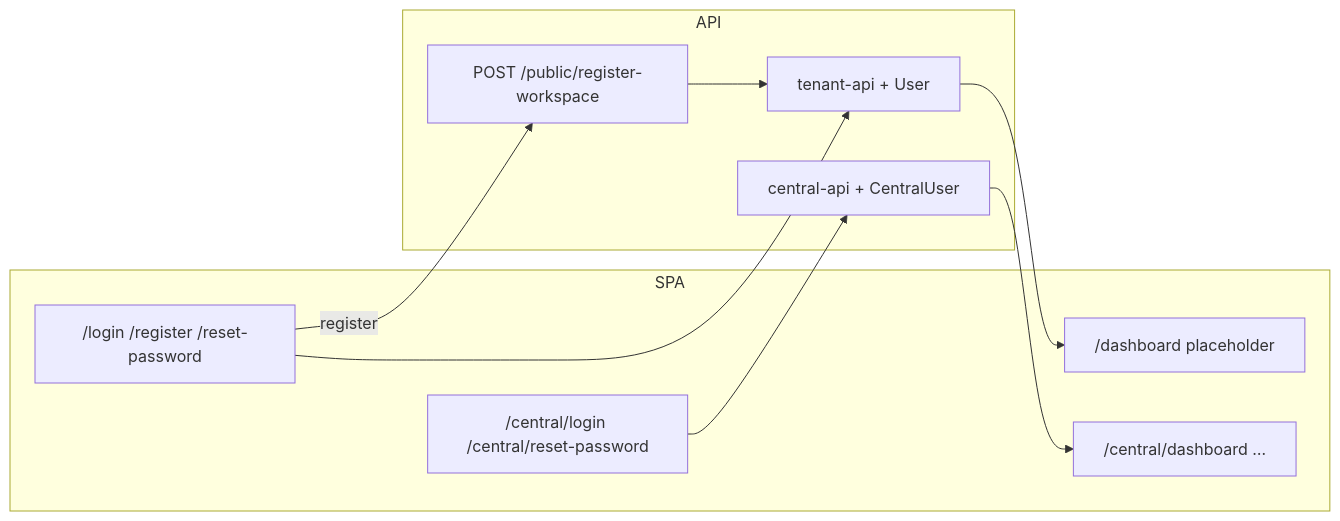
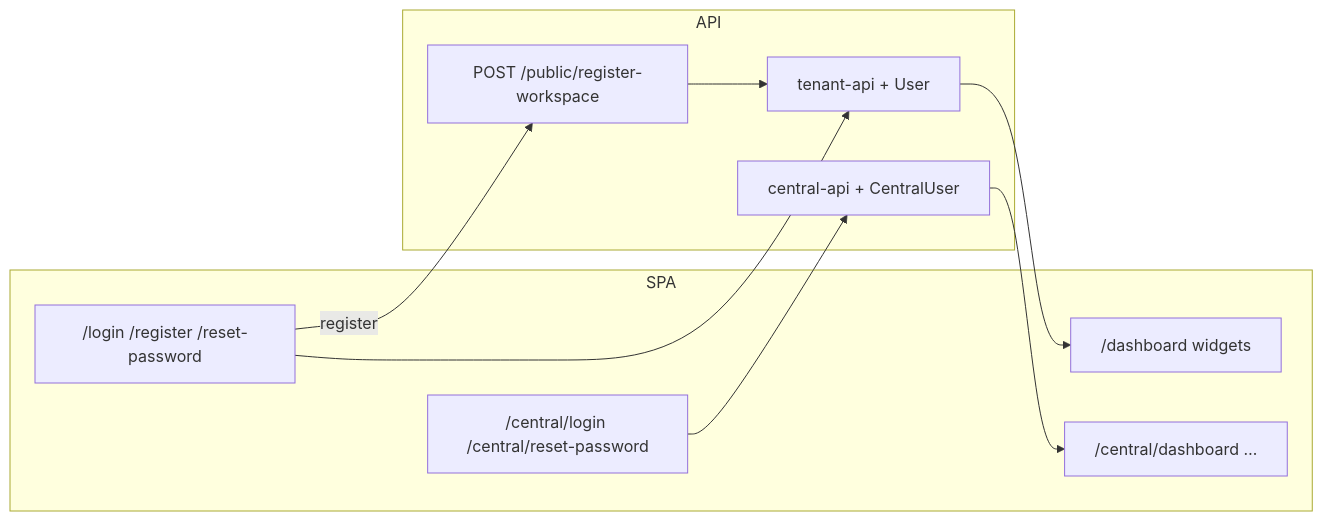
Before and after one commit to DiligentCreators/SaaS-Docs: the diagram in authentication/authentication-developer.md, drawn with Mermaid. The commit also changed other lines of this file and 23 other files, not shown here.

````diff
--- a/authentication/authentication-developer.md
+++ b/authentication/authentication-developer.md
@@ -21,22 +21,22 @@
 ```mermaid
 flowchart LR
   subgraph SPA
     TAuth["/login /register /reset-password"]
     CAuth["/central/login /central/reset-password"]
-    TDash["/dashboard placeholder"]
+    TDash["/dashboard widgets"]
     CAdmin["/central/dashboard …"]
   end
 
   subgraph API
     TAPI["tenant-api + User"]
     CAPI["central-api + CentralUser"]
     Reg["POST /public/register-workspace"]
   end
 
   TAuth --> TAPI
   CAuth --> CAPI
   TAuth -->|register| Reg
   Reg --> TAPI
   TAPI --> TDash
   CAPI --> CAdmin
 ```
````
